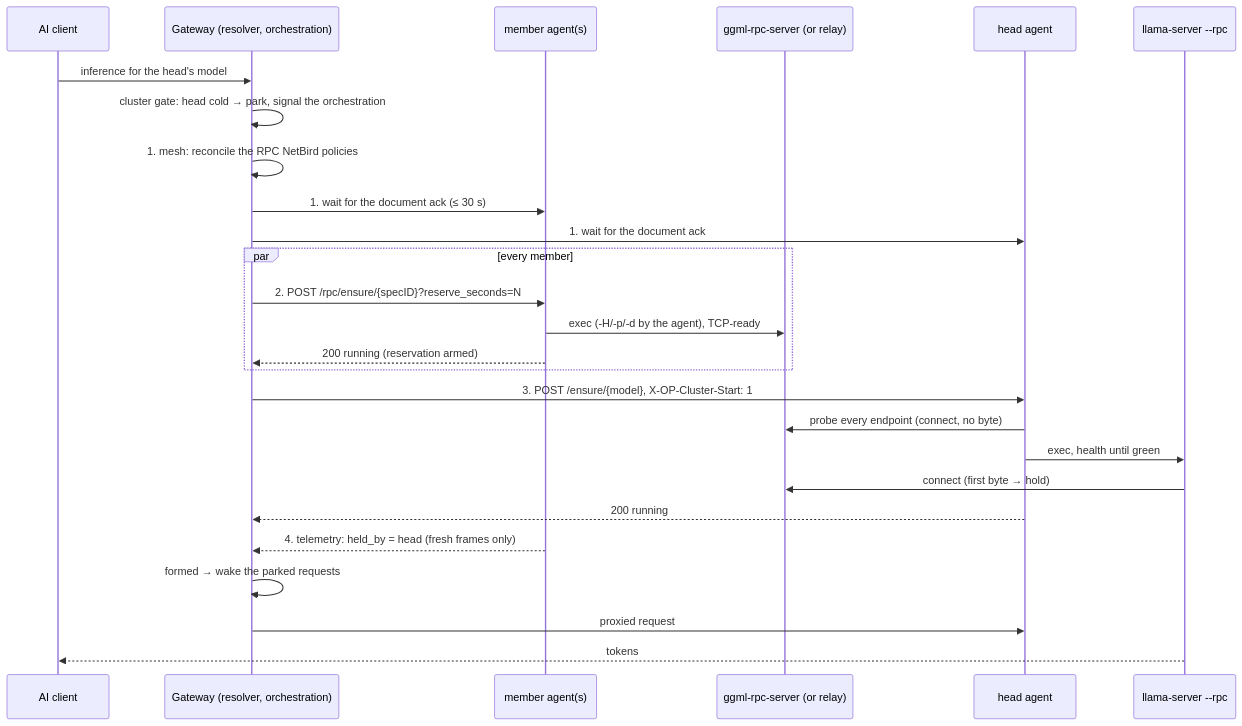
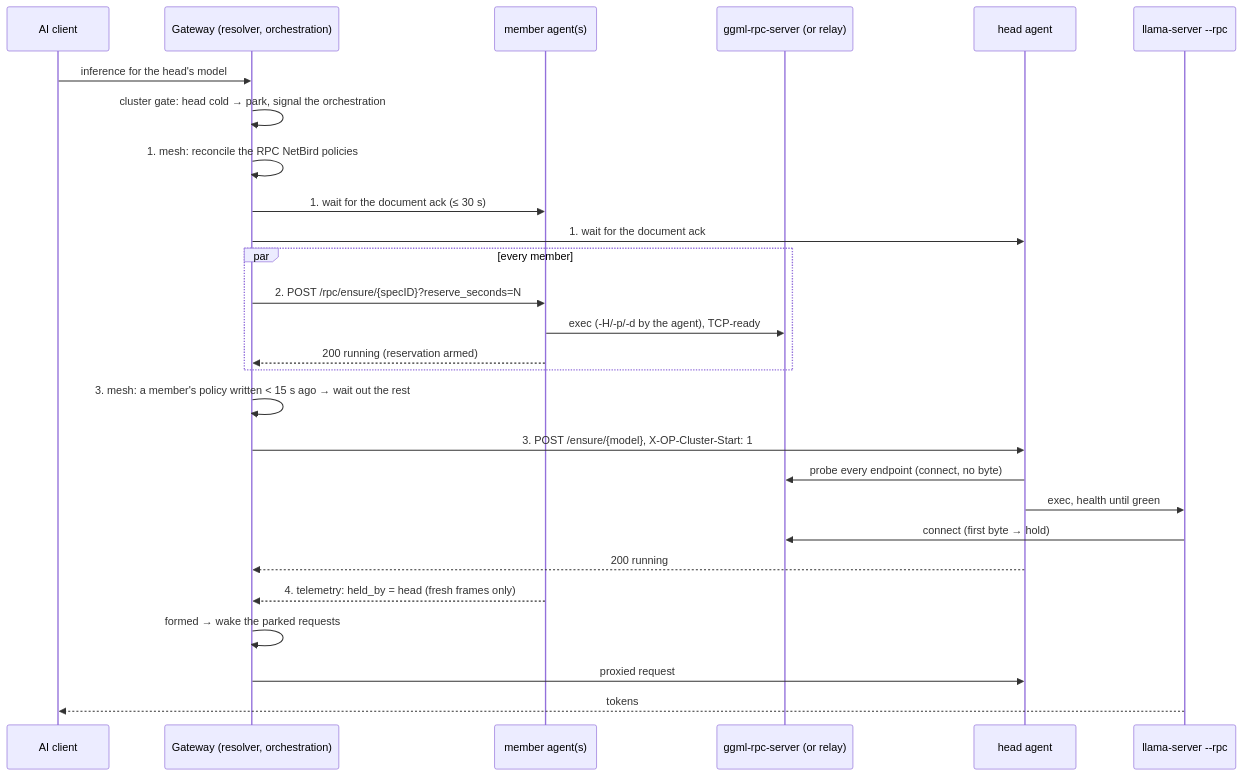
One commit to JLor08/op-ai-gateway changed diagram 15 of 15 in docs/architecture/06-runtime-view.md. Above: the diagram before and after it, drawn with Mermaid. The commit also changed other lines of this file and 57 other files, not shown here.

````diff
--- a/docs/architecture/06-runtime-view.md
+++ b/docs/architecture/06-runtime-view.md
@@ -917,29 +917,30 @@
 ```mermaid
 sequenceDiagram
     participant C as AI client
     participant GW as Gateway (resolver, orchestration)
     participant MA as member agent(s)
     participant M as ggml-rpc-server (or relay)
     participant HA as head agent
     participant H as llama-server --rpc
 
     C->>GW: inference for the head's model
     GW->>GW: cluster gate: head cold → park, signal the orchestration
     GW->>GW: 1. mesh: reconcile the RPC NetBird policies
     GW->>MA: 1. wait for the document ack (≤ 30 s)
     GW->>HA: 1. wait for the document ack
     par every member
         GW->>MA: 2. POST /rpc/ensure/{specID}?reserve_seconds=N
         MA->>M: exec (-H/-p/-d by the agent), TCP-ready
         MA-->>GW: 200 running (reservation armed)
     end
+    GW->>GW: 3. mesh: a member's policy written < 15 s ago → wait out the rest
     GW->>HA: 3. POST /ensure/{model}, X-OP-Cluster-Start: 1
     HA->>M: probe every endpoint (connect, no byte)
     HA->>H: exec, health until green
     H->>M: connect (first byte → hold)
     HA-->>GW: 200 running
     MA-->>GW: 4. telemetry: held_by = head (fresh frames only)
     GW->>GW: formed → wake the parked requests
     GW->>HA: proxied request
     H-->>C: tokens
 ```
````
